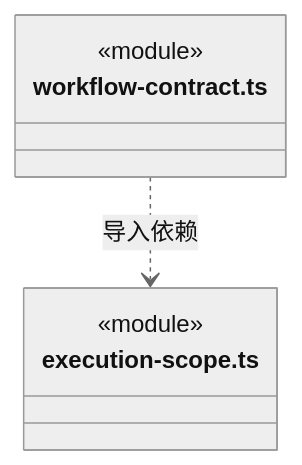
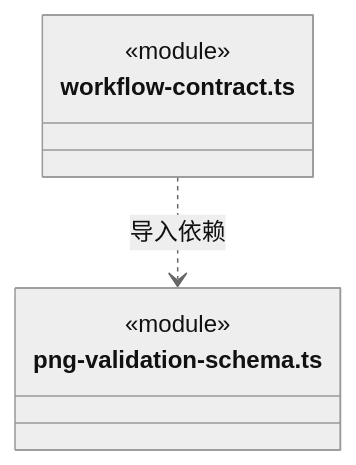
Diagram 40 of 40 in src/logic/workspace/rules/ARCHITECTURE.md (nan023062/cbim), drawn with Mermaid (neutral theme) before and after one commit. The commit also changed other lines of this file and 112 other files, not shown here.

Commit message:
docs: align source architecture with current declarations and contracts

````diff
--- a/src/logic/workspace/rules/ARCHITECTURE.md
+++ b/src/logic/workspace/rules/ARCHITECTURE.md
@@ -1085,10 +1082,10 @@
 ```mermaid
 classDiagram
 class N_src_logic_workspace_rules_workflow_contract_ts["workflow-contract.ts"] {
   <<module>>
 }
-class N_src_logic_workspace_rules_execution_scope_ts["execution-scope.ts"] {
+class N_src_logic_workspace_rules_png_validation_schema_ts["png-validation-schema.ts"] {
   <<module>>
 }
-N_src_logic_workspace_rules_workflow_contract_ts ..> N_src_logic_workspace_rules_execution_scope_ts : 导入依赖
+N_src_logic_workspace_rules_workflow_contract_ts ..> N_src_logic_workspace_rules_png_validation_schema_ts : 导入依赖
 ```
````
